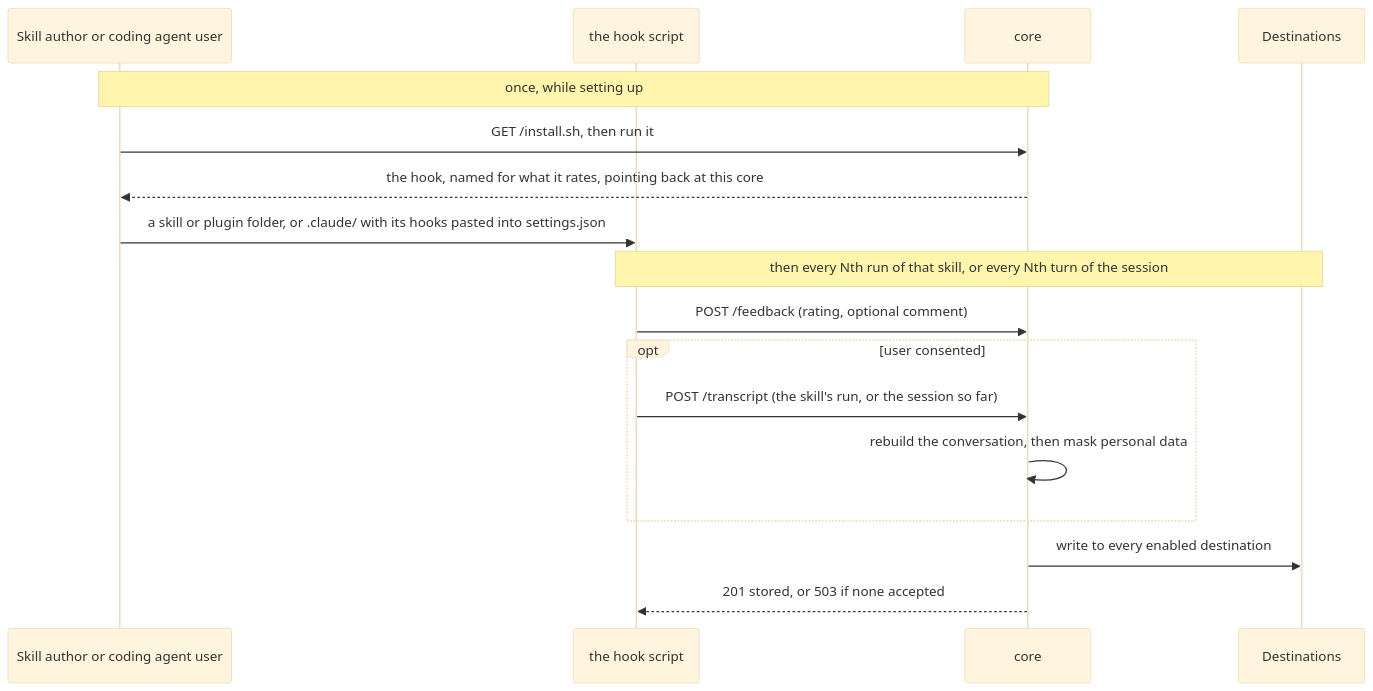
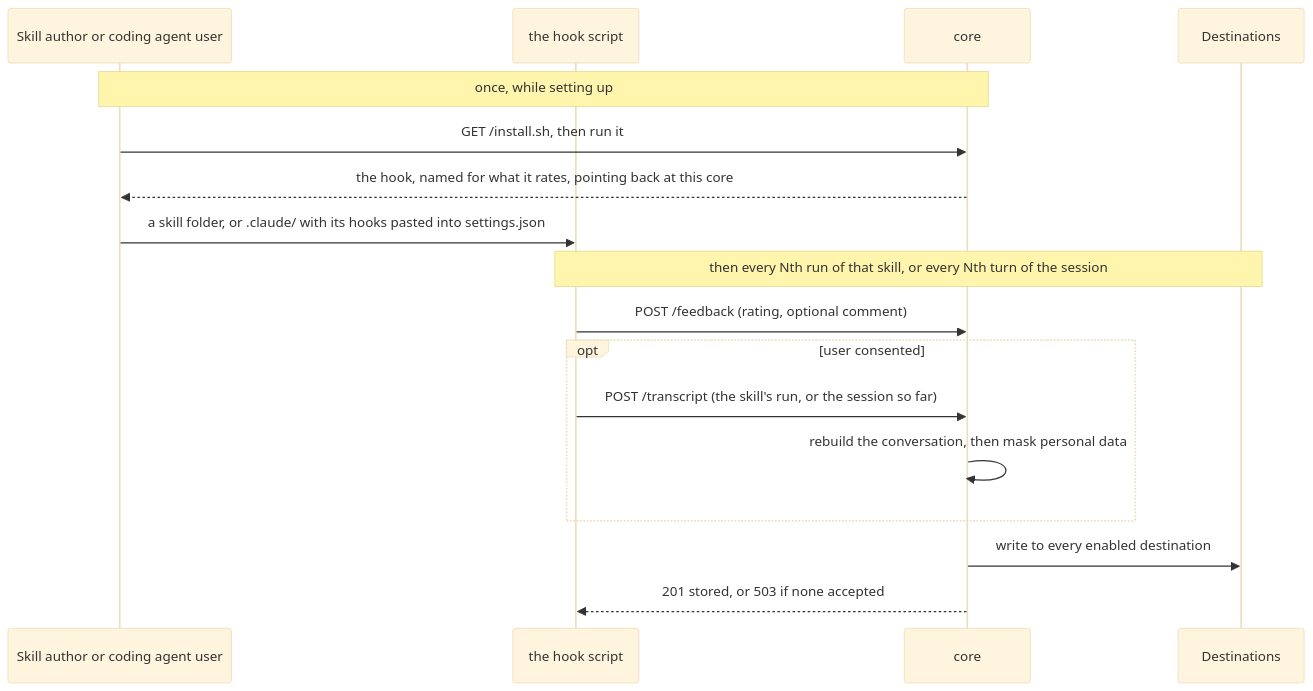
Before and after one commit to HikmetB1/RateXp: the diagram in README.md, drawn with Mermaid (base theme). The commit also changed other lines of this file and 15 other files, not shown here.

````diff
--- a/README.md
+++ b/README.md
@@ -82,21 +77,21 @@
 ```mermaid
 sequenceDiagram
     participant A as Skill author or coding agent user
     participant H as the hook script
     participant C as core
     participant D as Destinations
 
     Note over A,C: once, while setting up
     A->>C: GET /install.sh, then run it
     C-->>A: the hook, named for what it rates, pointing back at this core
-    A->>H: a skill or plugin folder, or .claude/ with its hooks pasted into settings.json
+    A->>H: a skill folder, or .claude/ with its hooks pasted into settings.json
 
     Note over H,D: then every Nth run of that skill, or every Nth turn of the session
     H->>C: POST /feedback (rating, optional comment)
     opt user consented
         H->>C: POST /transcript (the skill's run, or the session so far)
         C->>C: rebuild the conversation, then mask personal data
     end
     C->>D: write to every enabled destination
     C-->>H: 201 stored, or 503 if none accepted
 ```
````
